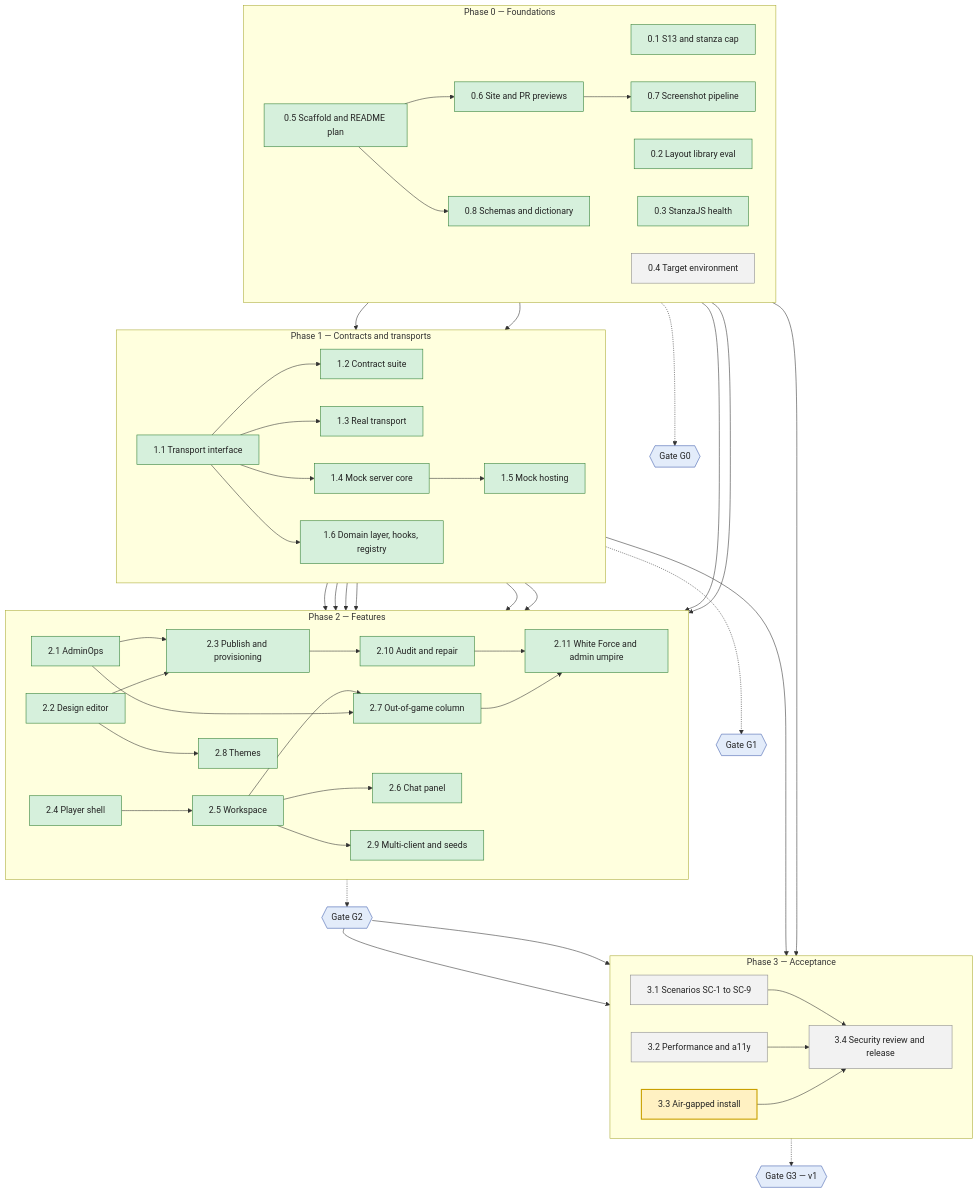
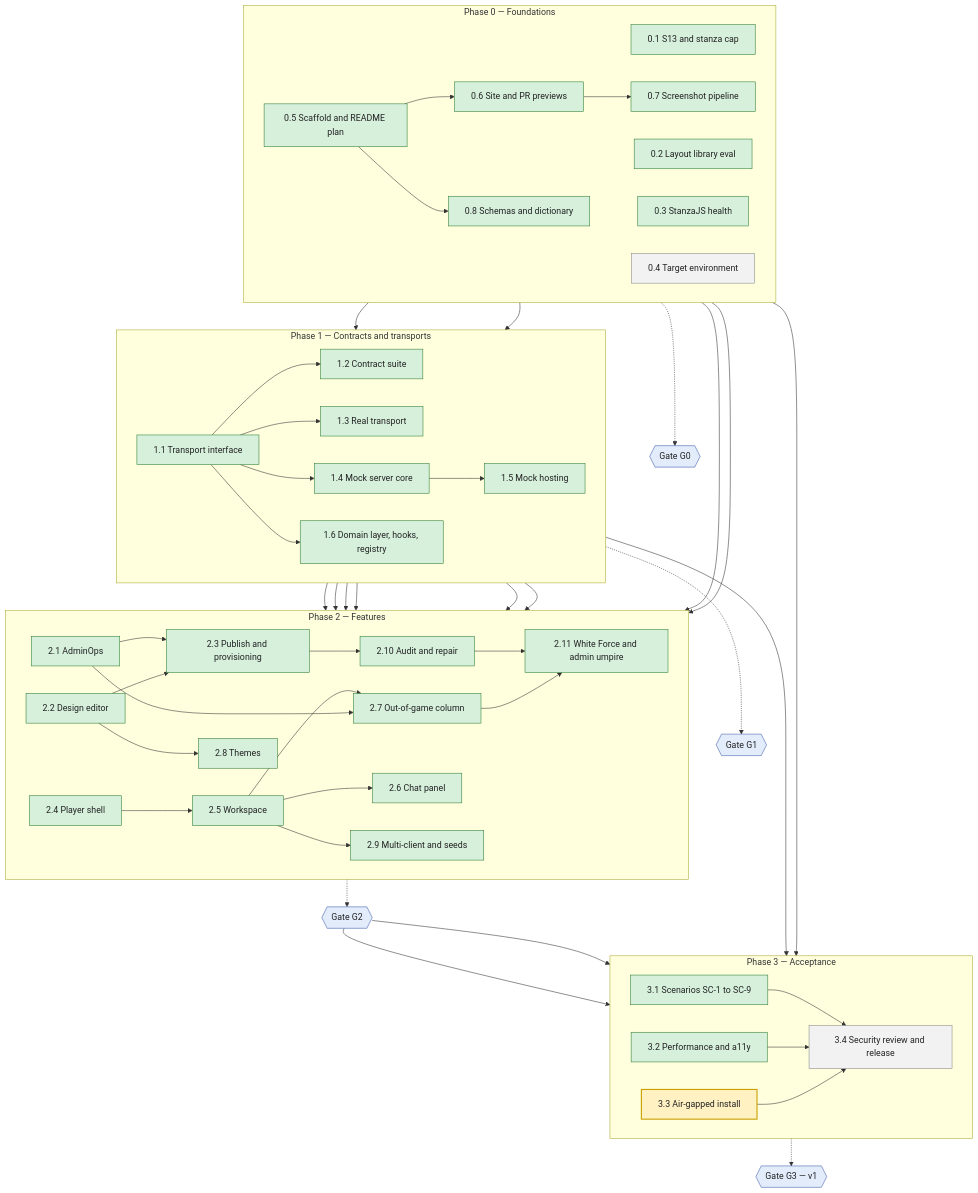
One commit to serge-web/war-rooms-x2 changed the diagram in README.md. Above: the diagram before and after it, drawn with Mermaid. The commit also changed 5 other files, not shown here.

````diff
--- a/README.md
+++ b/README.md
@@ -9,79 +9,79 @@
 ```mermaid
 flowchart TB
     subgraph P0["Phase 0 — Foundations"]
         direction LR
         wp01["0.1 S13 and stanza cap"]
         wp02["0.2 Layout library eval"]
         wp03["0.3 StanzaJS health"]
         wp04["0.4 Target environment"]
         wp05["0.5 Scaffold and README plan"]
         wp06["0.6 Site and PR previews"]
         wp07["0.7 Screenshot pipeline"]
         wp08["0.8 Schemas and dictionary"]
     end
     subgraph P1["Phase 1 — Contracts and transports"]
         direction LR
         wp11["1.1 Transport interface"]
         wp12["1.2 Contract suite"]
         wp13["1.3 Real transport"]
         wp14["1.4 Mock server core"]
         wp15["1.5 Mock hosting"]
         wp16["1.6 Domain layer, hooks, registry"]
     end
     subgraph P2["Phase 2 — Features"]
         direction LR
         wp21["2.1 AdminOps"]
         wp22["2.2 Design editor"]
         wp23["2.3 Publish and provisioning"]
         wp210["2.10 Audit and repair"]
         wp211["2.11 White Force and admin umpire"]
         wp24["2.4 Player shell"]
         wp25["2.5 Workspace"]
         wp26["2.6 Chat panel"]
         wp27["2.7 Out-of-game column"]
         wp28["2.8 Themes"]
         wp29["2.9 Multi-client and seeds"]
     end
     subgraph P3["Phase 3 — Acceptance"]
         direction LR
         wp31["3.1 Scenarios SC-1 to SC-9"]
         wp32["3.2 Performance and a11y"]
         wp33["3.3 Air-gapped install"]
         wp34["3.4 Security review and release"]
     end
     G0{{"Gate G0"}}
     G1{{"Gate G1"}}
     G2{{"Gate G2"}}
     G3{{"Gate G3 — v1"}}
 
     wp05 --> wp06 --> wp07
     wp05 --> wp08
     wp03 & wp08 --> wp11
     wp11 --> wp12 & wp13 & wp14 & wp16
     wp14 --> wp15
     wp13 & wp16 & wp01 --> wp21
     wp16 --> wp22
     wp21 & wp22 --> wp23 --> wp210
     wp210 & wp27 --> wp211
     wp16 --> wp24
     wp02 & wp24 --> wp25 --> wp26
     wp25 & wp21 --> wp27
     wp16 & wp22 --> wp28
     wp15 & wp25 --> wp29
     wp04 & wp13 --> wp33
     wp31 & wp32 & wp33 --> wp34
     P0 -.-> G0
     P1 -.-> G1
     P2 -.-> G2
     G2 --> wp31 & wp32
     P3 -.-> G3
 
     classDef todo fill:#f2f2f2,stroke:#888,color:#222
     classDef active fill:#fff1c2,stroke:#c9a000,color:#222,stroke-width:2px
     classDef done fill:#d6f0dc,stroke:#2e7d32,color:#222
     classDef gate fill:#e3ecfa,stroke:#3b5bab,color:#222
-    class wp04,wp31,wp32,wp34 todo
+    class wp04,wp34 todo
     class wp33 active
-    class wp01,wp02,wp03,wp05,wp06,wp07,wp08,wp11,wp12,wp13,wp14,wp15,wp16,wp21,wp22,wp23,wp24,wp25,wp26,wp27,wp28,wp29,wp210,wp211 done
+    class wp01,wp02,wp03,wp05,wp06,wp07,wp08,wp11,wp12,wp13,wp14,wp15,wp16,wp21,wp22,wp23,wp24,wp25,wp26,wp27,wp28,wp29,wp210,wp211,wp31,wp32 done
     class G0,G1,G2,G3 gate
 ```
````
